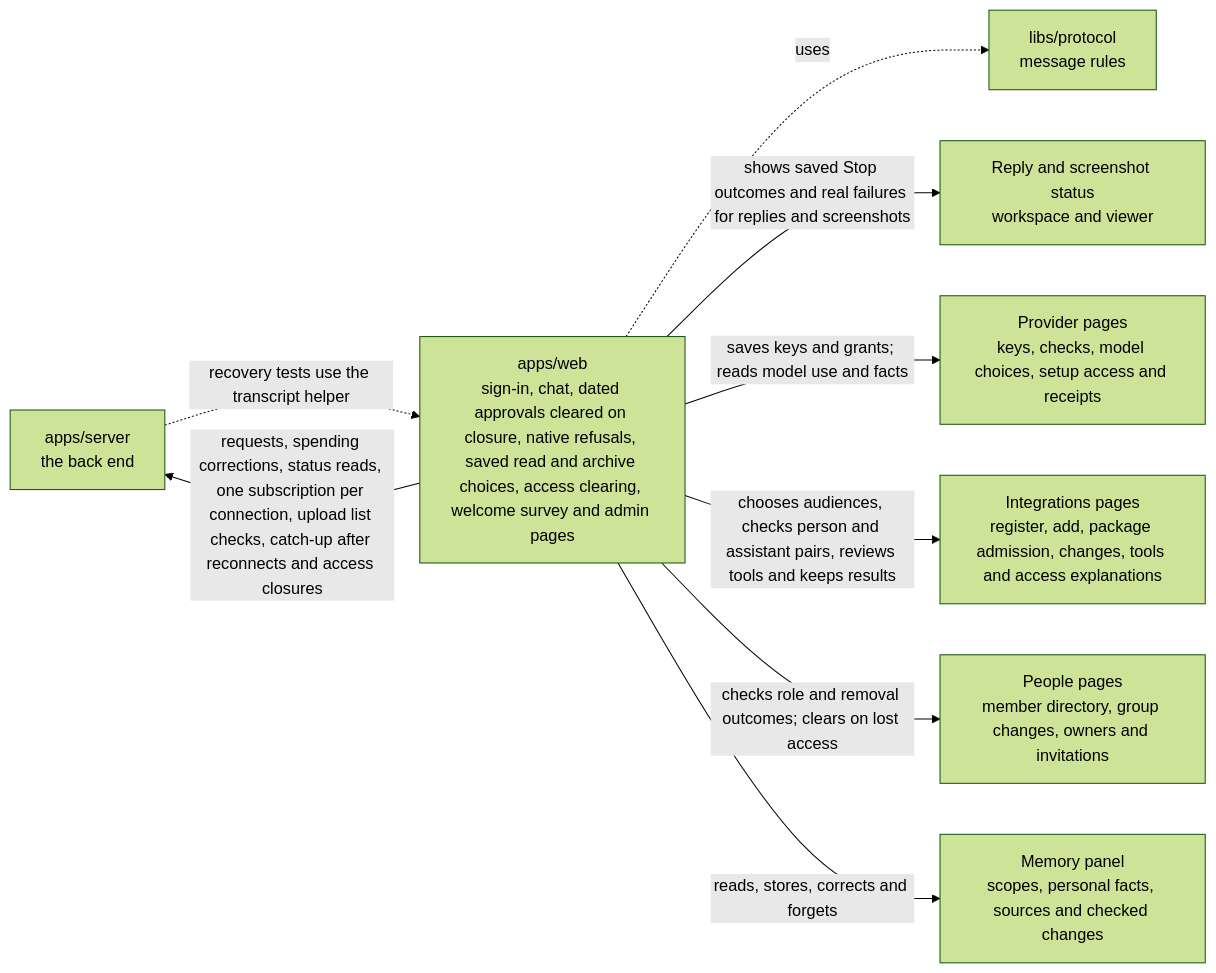
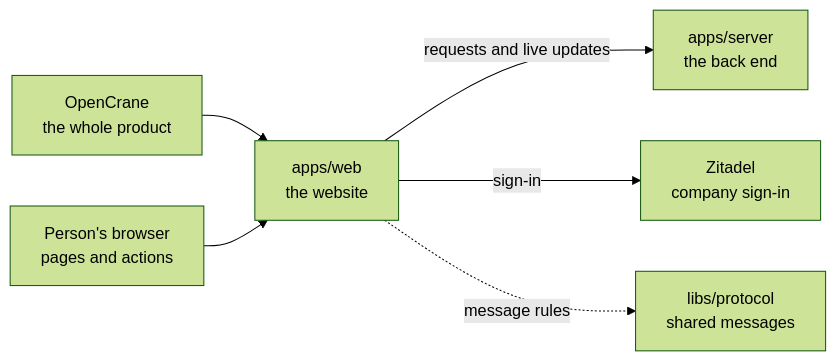
Before and after one commit to elewa-git/opencrane-new: the diagram in apps/web/README.md, drawn with Mermaid (forest theme). The commit also changed other lines of this file and 23 other files, not shown here.

````diff
--- a/apps/web/README.md
+++ b/apps/web/README.md
@@ -11,11 +16,8 @@
 ```mermaid
 flowchart LR
-  server -.->|recovery tests use the transcript helper| web
-  web["apps/web<br/>sign-in, chat, dated approvals cleared on closure, native refusals, saved read and archive choices, access clearing, welcome survey and admin pages"] -->|requests, spending corrections, status reads, one subscription per connection, upload list checks, catch-up after reconnects and access closures| server["apps/server<br/>the back end"]
-  web -.->|uses| protocol["libs/protocol<br/>message rules"]
-  web -->|shows saved Stop outcomes and real failures for replies and screenshots| capture["Reply and screenshot status<br/>workspace and viewer"]
-  web -->|saves keys and grants; reads model use and facts| providers["Provider pages<br/>keys, checks, model choices, setup access and receipts"]
-  web -->|chooses audiences, checks person and assistant pairs, reviews tools and keeps results| integrations["Integrations pages<br/>register, add, package admission, changes, tools and access explanations"]
-  web -->|checks role and removal outcomes; clears on lost access| people["People pages<br/>member directory, group changes, owners and invitations"]
-  web -->|reads, stores, corrects and forgets| memory["Memory panel<br/>scopes, personal facts, sources and checked changes"]
+  system["OpenCrane<br/>the whole product"] --> web["apps/web<br/>the website"]
+  browser["Person's browser<br/>pages and actions"] --> web
+  web -->|requests and live updates| server["apps/server<br/>the back end"]
+  web -->|sign-in| zitadel["Zitadel<br/>company sign-in"]
+  web -.->|message rules| protocol["libs/protocol<br/>shared messages"]
 ```
````
